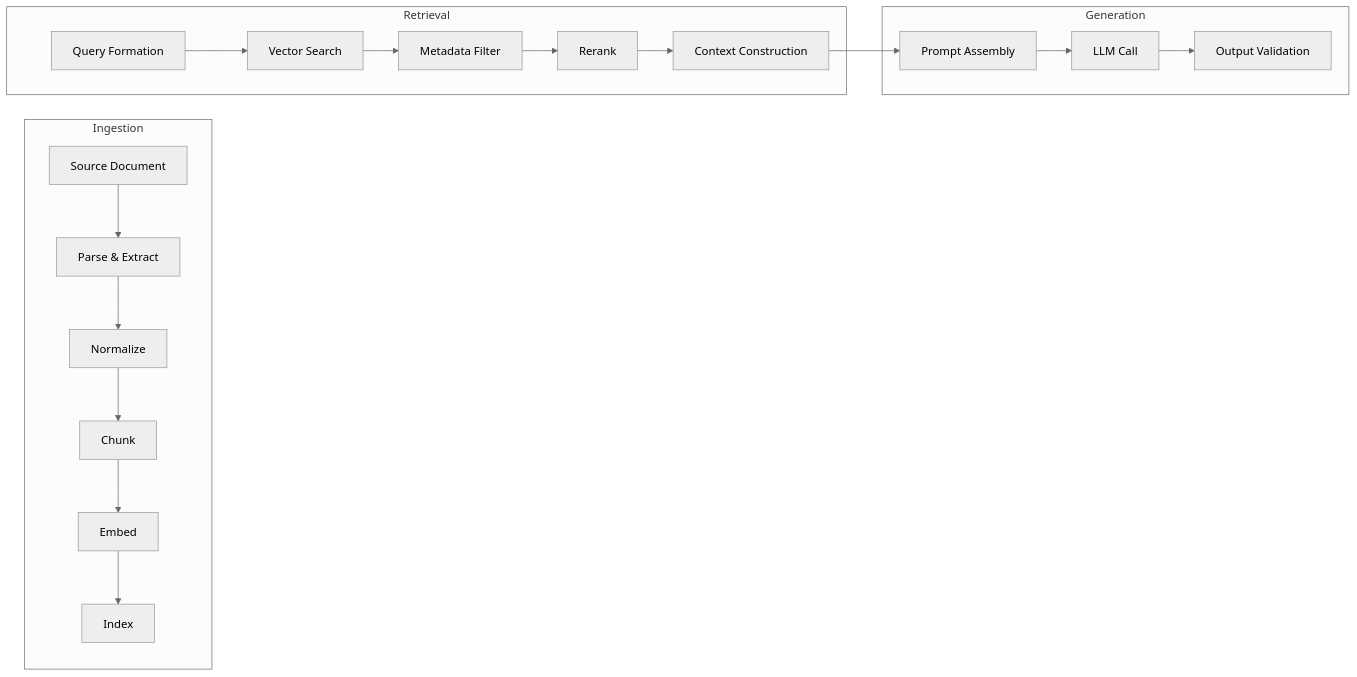
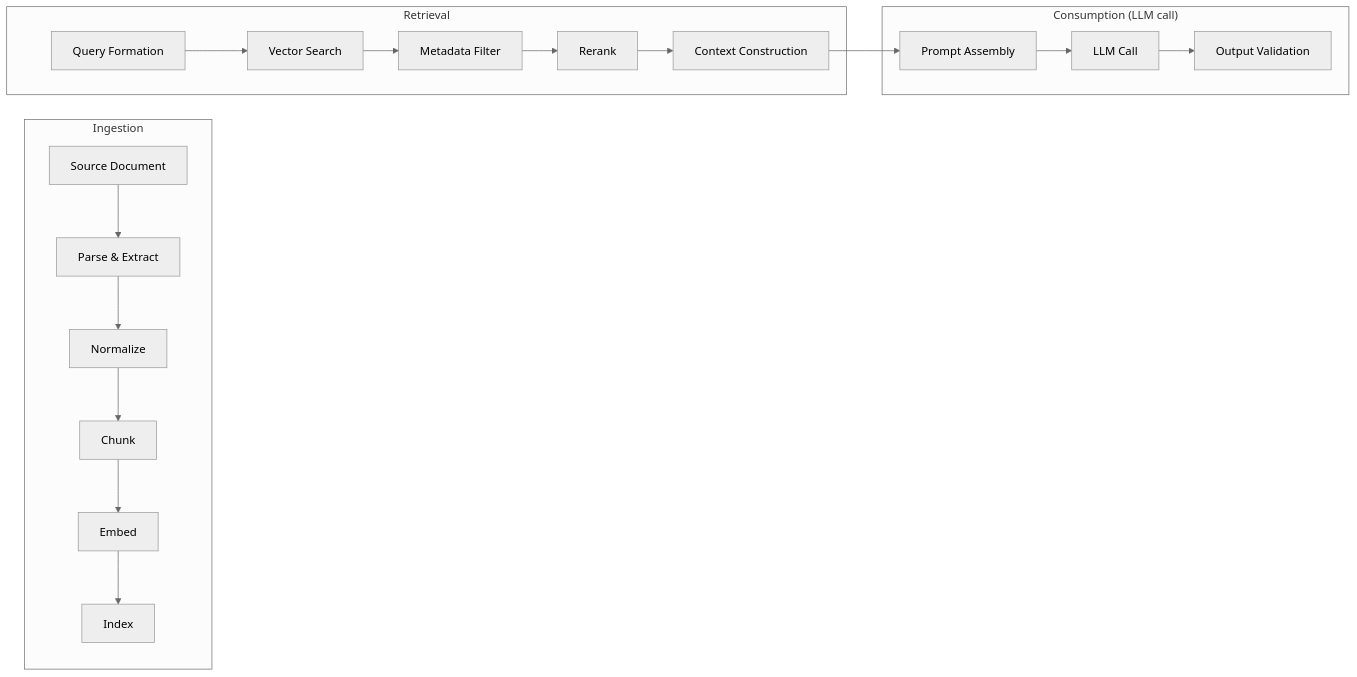
Before and after one commit to Sarishc/darwin-ux: the diagram in docs/RAG_ARCHITECTURE.md, drawn with Mermaid (neutral theme). The commit also changed other lines of this file and 12 other files, not shown here.

Commit message:
docs: define DarwinUX system architecture

````diff
--- a/docs/RAG_ARCHITECTURE.md
+++ b/docs/RAG_ARCHITECTURE.md
@@ -25,29 +25,29 @@
 ```mermaid
 graph LR
     subgraph Ingest["Ingestion"]
         SRC["Source Document"]
         PARSE["Parse & Extract"]
         NORM["Normalize"]
         CHUNK["Chunk"]
         EMBED["Embed"]
         IDX["Index"]
     end
 
     subgraph Retrieve["Retrieval"]
         QUERY["Query Formation"]
         SEARCH["Vector Search"]
         FILTER["Metadata Filter"]
         RERANK["Rerank"]
         CTX["Context Construction"]
     end
 
-    subgraph Generate["Generation"]
+    subgraph Consume["Consumption (LLM call)"]
         PROMPT["Prompt Assembly"]
         LLM["LLM Call"]
         VALIDATE["Output Validation"]
     end
 
     SRC --> PARSE --> NORM --> CHUNK --> EMBED --> IDX
     QUERY --> SEARCH --> FILTER --> RERANK --> CTX
     CTX --> PROMPT --> LLM --> VALIDATE
 ```
````
